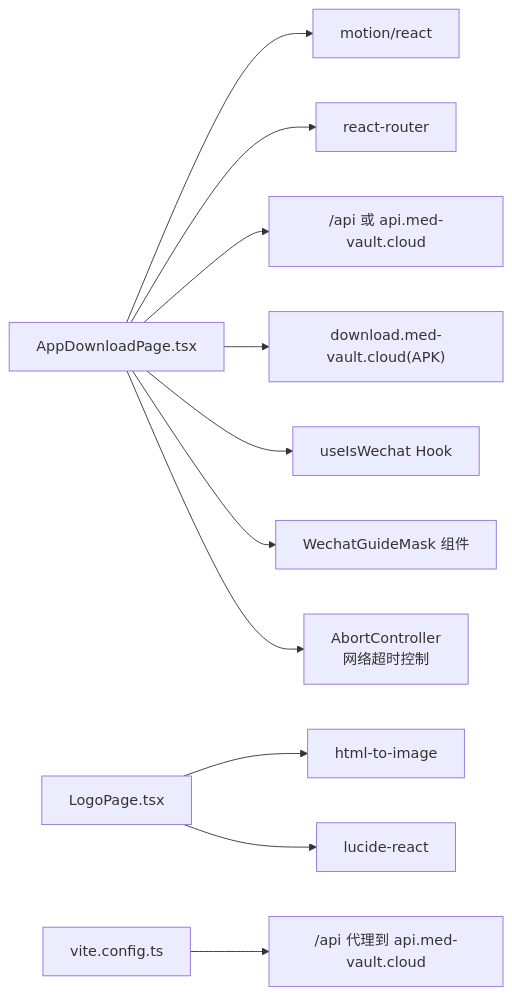
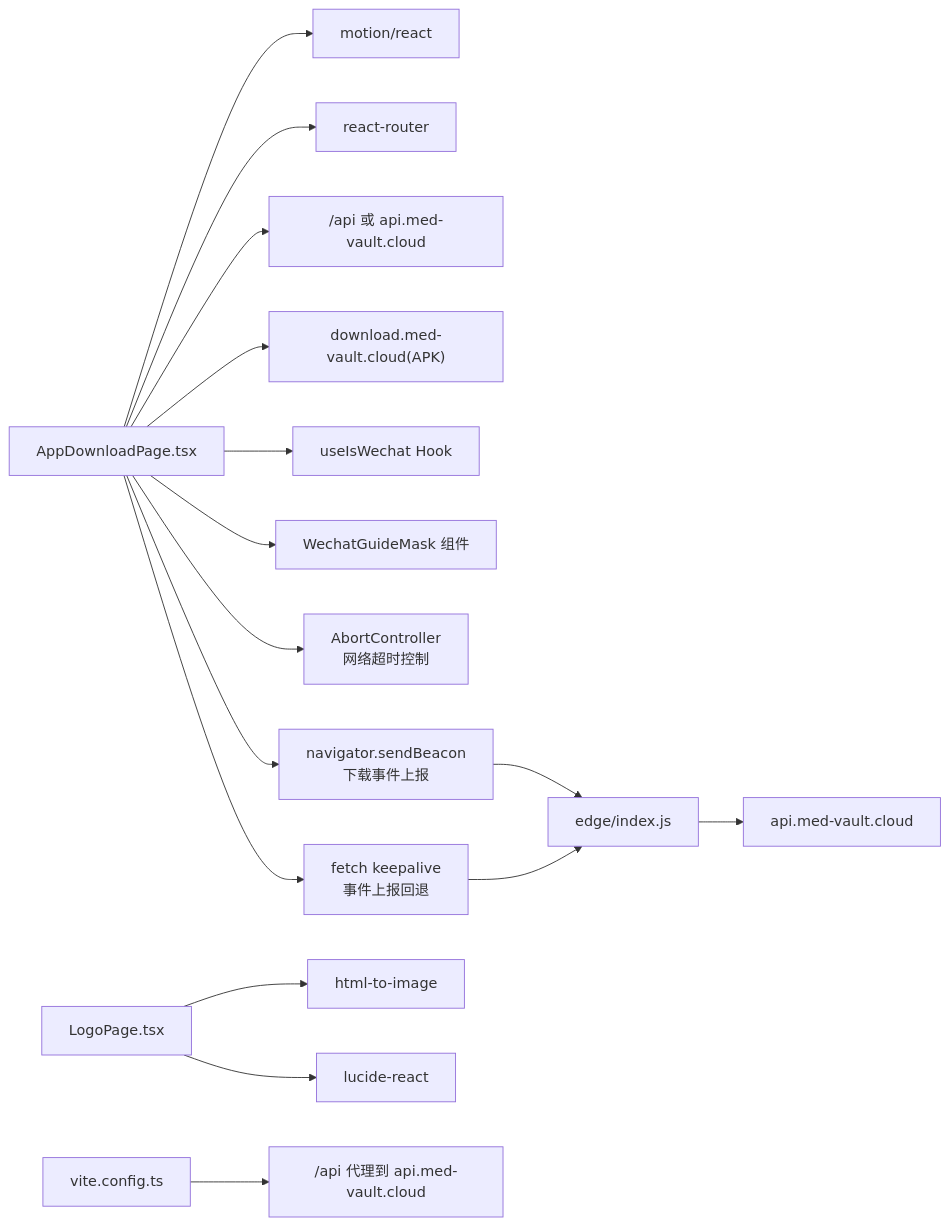
Before and after one commit to BlackWhiteBlock/med-vault-website: the ninth of 9 diagrams in .qoder/repowiki/zh/content/架构设计/组件架构设计/页面组件/应用下载落地页.md, drawn with Mermaid. The commit also changed other lines of this file and 2 other files, not shown here.

````diff
--- a/.qoder/repowiki/zh/content/架构设计/组件架构设计/页面组件/应用下载落地页.md
+++ b/.qoder/repowiki/zh/content/架构设计/组件架构设计/页面组件/应用下载落地页.md
@@ -367,13 +441,18 @@
 ```mermaid
 graph LR
 P["AppDownloadPage.tsx"] --> M["motion/react"]
 P --> RR["react-router"]
 P --> API["/api 或 api.med-vault.cloud"]
 P --> DL["download.med-vault.cloud(APK)"]
 P --> W["useIsWechat Hook"]
 P --> GM["WechatGuideMask 组件"]
 P --> AC["AbortController<br/>网络超时控制"]
+P --> SB["navigator.sendBeacon<br/>下载事件上报"]
+P --> FA["fetch keepalive<br/>事件上报回退"]
 L["LogoPage.tsx"] --> H2I["html-to-image"]
 L --> LR["lucide-react"]
 V["vite.config.ts"] --> PROXY["/api 代理到 api.med-vault.cloud"]
+E["edge/index.js"] --> UPSTREAM["api.med-vault.cloud"]
+SB --> E
+FA --> E
 ```
````
